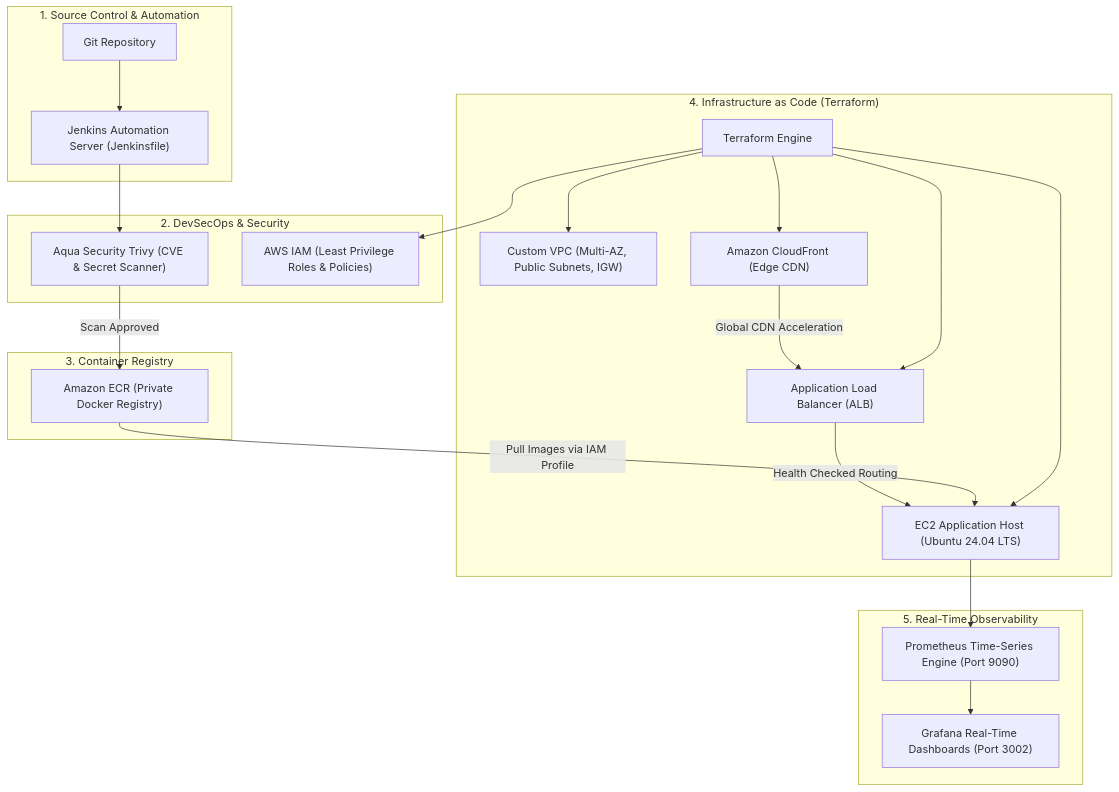
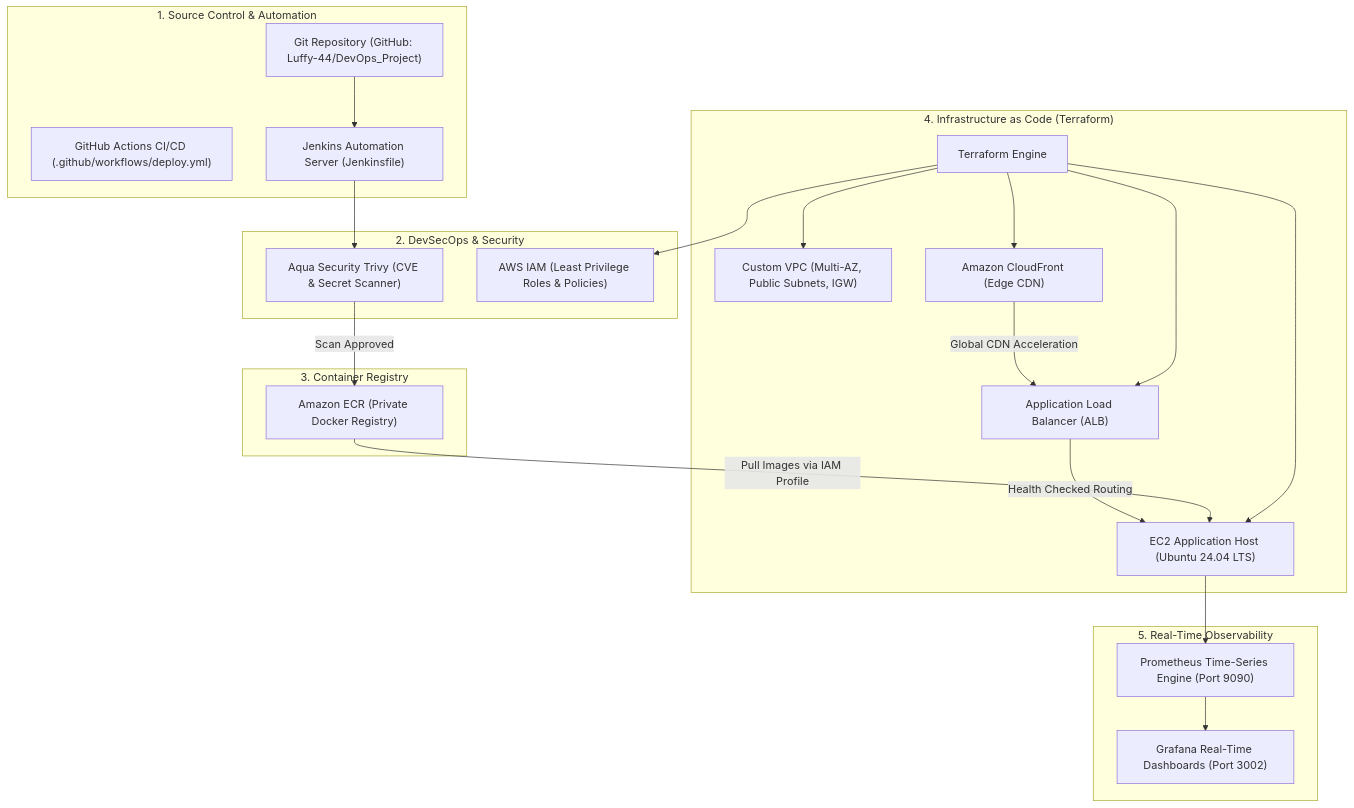
Before and after one commit to Luffy-44/DevOps_Project: the diagram in PROJECT_REVIEW_GUIDE.md, drawn with Mermaid. The commit also changed other lines of this file, not shown here.

Commit message:
docs: add GitHub continuous deployment walkthrough to review guide

````diff
--- a/PROJECT_REVIEW_GUIDE.md
+++ b/PROJECT_REVIEW_GUIDE.md
@@ -24,45 +24,46 @@
 ```mermaid
 flowchart TD
     subgraph SCM["1. Source Control & Automation"]
-        GitRepo["Git Repository"]
+        GitRepo["Git Repository (GitHub: Luffy-44/DevOps_Project)"]
+        GHActions["GitHub Actions CI/CD (.github/workflows/deploy.yml)"]
         Jenkins["Jenkins Automation Server (Jenkinsfile)"]
     end
 
     subgraph SecurityTier["2. DevSecOps & Security"]
         Trivy["Aqua Security Trivy (CVE & Secret Scanner)"]
         IAMRole["AWS IAM (Least Privilege Roles & Policies)"]
     end
 
     subgraph RegistryTier["3. Container Registry"]
         ECR["Amazon ECR (Private Docker Registry)"]
     end
 
     subgraph IaCTier["4. Infrastructure as Code (Terraform)"]
         TF["Terraform Engine"]
         VPC["Custom VPC (Multi-AZ, Public Subnets, IGW)"]
         ALB["Application Load Balancer (ALB)"]
         CloudFront["Amazon CloudFront (Edge CDN)"]
         EC2["EC2 Application Host (Ubuntu 24.04 LTS)"]
     end
 
     subgraph ObservabilityTier["5. Real-Time Observability"]
         Prometheus["Prometheus Time-Series Engine (Port 9090)"]
         Grafana["Grafana Real-Time Dashboards (Port 3002)"]
     end
 
     GitRepo --> Jenkins
     Jenkins --> Trivy
     Trivy -->|Scan Approved| ECR
     TF --> VPC
     TF --> IAMRole
     TF --> ALB
     TF --> CloudFront
     TF --> EC2
     
     ECR -->|Pull Images via IAM Profile| EC2
     CloudFront -->|Global CDN Acceleration| ALB
     ALB -->|Health Checked Routing| EC2
     
     EC2 --> Prometheus
     Prometheus --> Grafana
 ```
````
